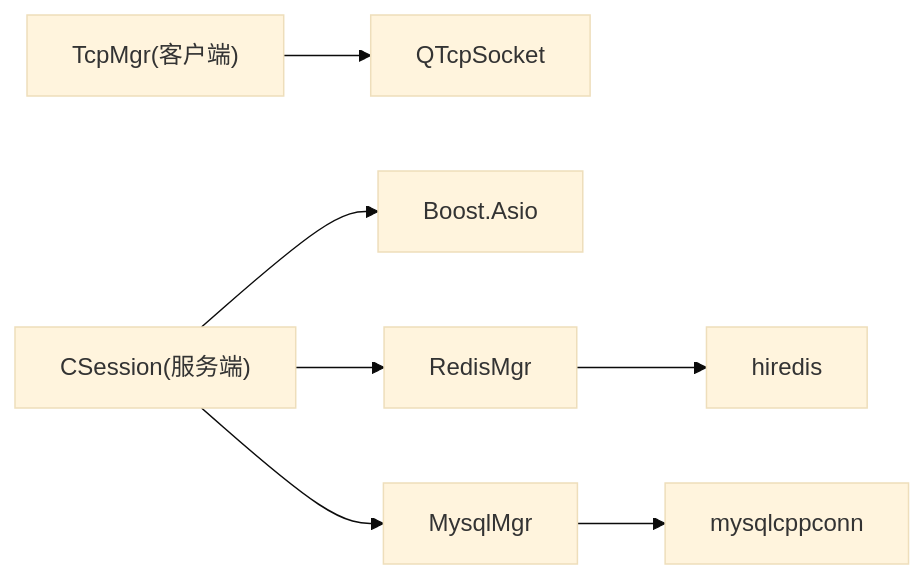
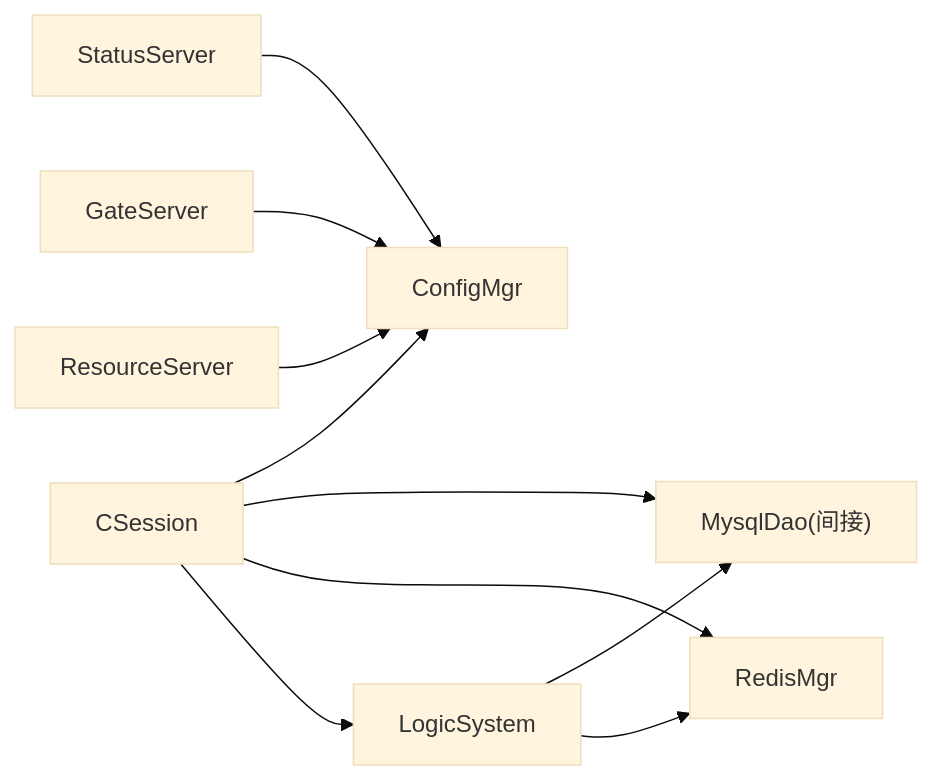
The eighth of 9 diagrams in .qoder/repowiki/zh/content/故障排查/故障排查.md (echo9923/mychatter), drawn with Mermaid (base theme) before and after one commit. The commit also changed other lines of this file and 526 other files, not shown here.

Commit message:
docs: 为ChatServer所有头文件添加详细Doxygen注释 - 为18个头文件的类、函数、成员变量添加完整的中文注释 - 包含类职责说明、参数描述、返回值说明 - 涵盖AsioIOServicePool/CServer/CSession/LogicSystem等核心模块 - 同时更新GateServer的VerifyGrpcClient.h注释

````diff
--- a/.qoder/repowiki/zh/content/故障排查/故障排查.md
+++ b/.qoder/repowiki/zh/content/故障排查/故障排查.md
@@ -269,9 +287,12 @@
 ```mermaid
 graph LR
-TcpMgr["TcpMgr(客户端)"] --> QTcpSocket["QTcpSocket"]
-CSession["CSession(服务端)"] --> Asio["Boost.Asio"]
+CSession["CSession"] --> LogicSystem["LogicSystem"]
 CSession --> RedisMgr["RedisMgr"]
-CSession --> MysqlMgr["MysqlMgr"]
-RedisMgr --> hiredis["hiredis"]
-MysqlMgr --> mysqlcppconn["mysqlcppconn"]
+CSession --> MysqlDao["MysqlDao(间接)"]
+CSession --> ConfigMgr["ConfigMgr"]
+LogicSystem --> RedisMgr
+LogicSystem --> MysqlDao
+ResourceServer["ResourceServer"] --> ConfigMgr
+GateServer["GateServer"] --> ConfigMgr
+StatusServer["StatusServer"] --> ConfigMgr
 ```
````
